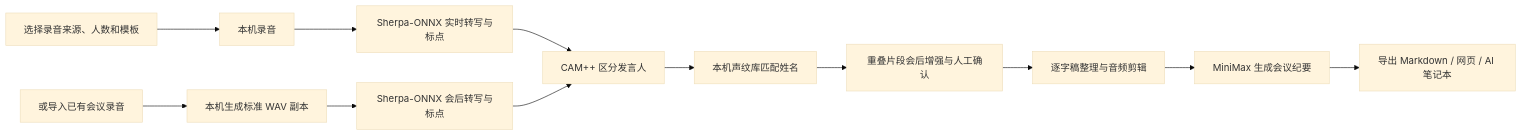
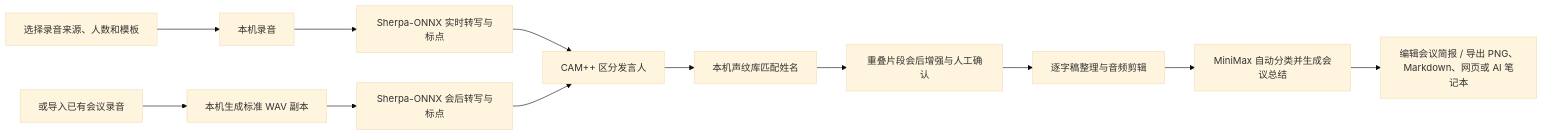
Before and after one commit to jizw0704-source/shiyin-ai-meeting-notes: the diagram in README.md, drawn with Mermaid (base theme). The commit also changed other lines of this file and 11 other files, not shown here.

Commit message:
feat: simplify meeting flow and add adaptive briefs

````diff
--- a/README.md
+++ b/README.md
@@ -42,14 +44,14 @@
 ```mermaid
 flowchart LR
     A["选择录音来源、人数和模板"] --> B["本机录音"]
     A2["或导入已有会议录音"] --> B2["本机生成标准 WAV 副本"]
     B --> C["Sherpa-ONNX 实时转写与标点"]
     B2 --> C2["Sherpa-ONNX 会后转写与标点"]
     C --> D["CAM++ 区分发言人"]
     C2 --> D
     D --> E["本机声纹库匹配姓名"]
     E --> F["重叠片段会后增强与人工确认"]
     F --> I["逐字稿整理与音频剪辑"]
-    I --> G["MiniMax 生成会议纪要"]
-    G --> H["导出 Markdown / 网页 / AI 笔记本"]
+    I --> G["MiniMax 自动分类并生成会议总结"]
+    G --> H["编辑会议简报 / 导出 PNG、Markdown、网页或 AI 笔记本"]
 ```
````
